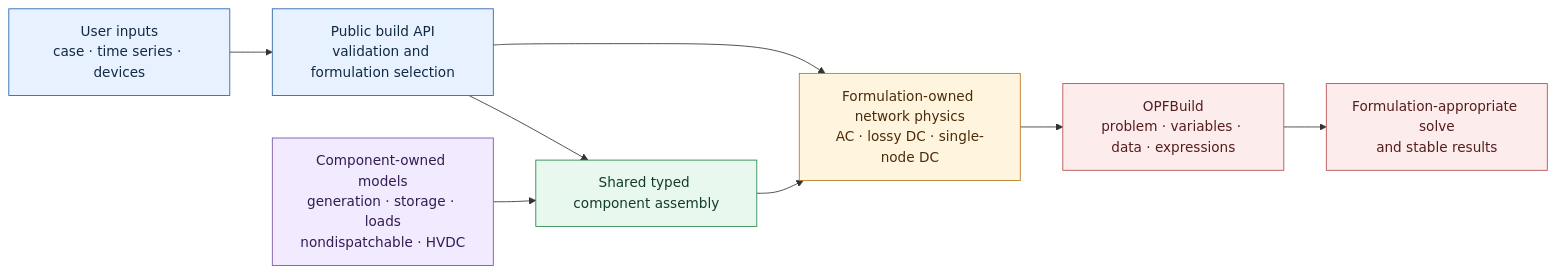
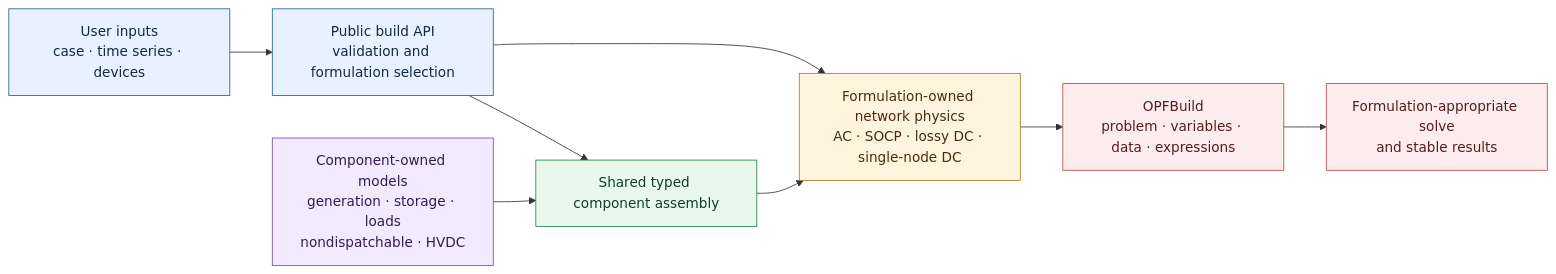
One commit to cvxgrp/cvxopf changed the diagram in README.md. Above: the diagram before and after it, drawn with Mermaid. The commit also changed other lines of this file and 8 other files, not shown here.

````diff
--- a/README.md
+++ b/README.md
@@ -171,24 +172,24 @@
 ```mermaid
 flowchart LR
     user["User inputs<br/>case · time series · devices"] --> api["Public build API<br/>validation and formulation selection"]
 
-    api --> physics["Formulation-owned network physics<br/>AC · lossy DC · single-node DC"]
+    api --> physics["Formulation-owned network physics<br/>AC · SOCP · lossy DC · single-node DC"]
     api --> assembly["Shared typed component assembly"]
     devices["Component-owned models<br/>generation · storage · loads<br/>nondispatchable · HVDC"] --> assembly
     assembly --> physics
 
     physics --> build["OPFBuild<br/>problem · variables · data · expressions"]
     build --> solve["Formulation-appropriate solve<br/>and stable results"]
 
     classDef public fill:#e8f1ff,stroke:#2563a6,color:#102a43
     classDef formulation fill:#fff4dd,stroke:#b7791f,color:#4a2c0a
     classDef assembly fill:#e8f8ef,stroke:#27864b,color:#123d24
     classDef component fill:#f2eafe,stroke:#7650a8,color:#321c52
     classDef output fill:#fdecec,stroke:#b74b4b,color:#551d1d
 
     class user,api public
     class physics formulation
     class assembly assembly
     class devices component
     class build,solve output
 ```
````
